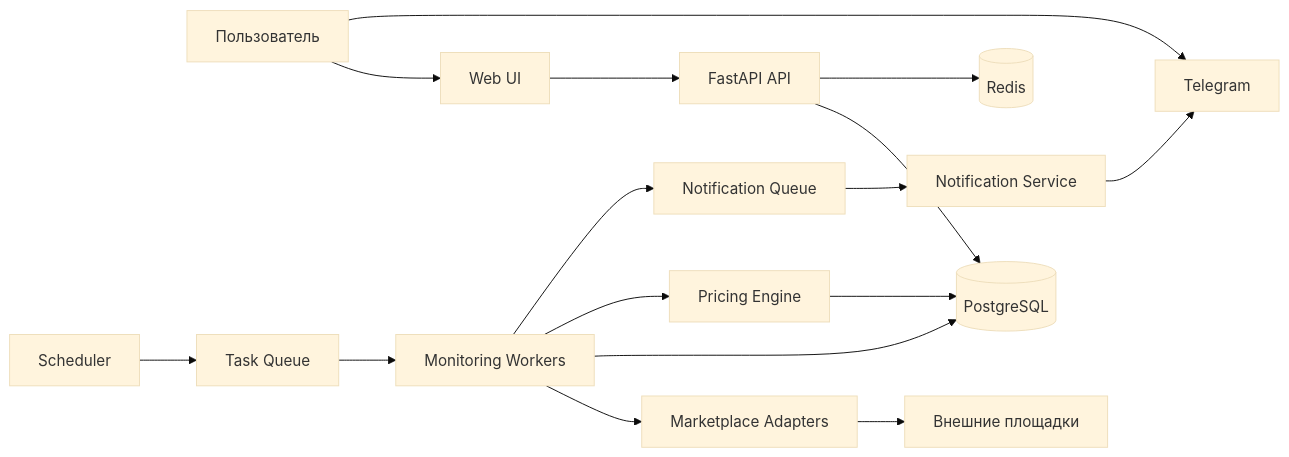
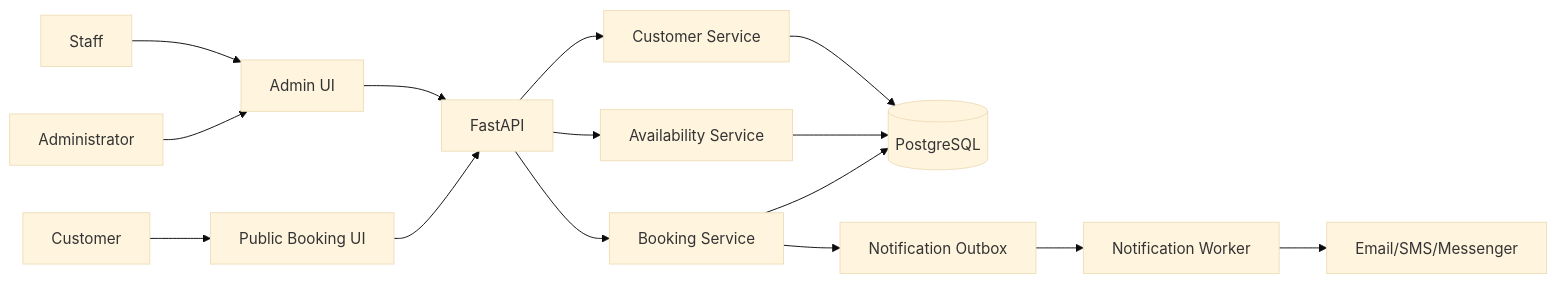
One commit to shevyakovys/Lootly changed the first of 2 diagrams in docs/ARCHITECTURE.md. Above: the diagram before and after it, drawn with Mermaid (base theme). The commit also changed other lines of this file and 80 other files, not shown here.

````diff
--- a/docs/ARCHITECTURE.md
+++ b/docs/ARCHITECTURE.md
@@ -9,23 +5,21 @@
 ```mermaid
 flowchart LR
-    U[Пользователь] --> WEB[Web UI]
-    U --> TG[Telegram]
-    WEB --> API[FastAPI API]
+    C[Customer] --> WEB[Public Booking UI]
+    A[Administrator] --> ADMIN[Admin UI]
+    S[Staff] --> ADMIN
 
-    API --> DB[(PostgreSQL)]
-    API --> REDIS[(Redis)]
+    WEB --> API[FastAPI]
+    ADMIN --> API
 
-    SCHED[Scheduler] --> Q[Task Queue]
-    Q --> W[Monitoring Workers]
+    API --> BOOK[Booking Service]
+    API --> AVAIL[Availability Service]
+    API --> CRM[Customer Service]
 
-    W --> SRC[Marketplace Adapters]
-    SRC --> EXT[Внешние площадки]
+    BOOK --> DB[(PostgreSQL)]
+    AVAIL --> DB
+    CRM --> DB
 
-    W --> DB
-    W --> PRICE[Pricing Engine]
-    PRICE --> DB
-
-    W --> NQ[Notification Queue]
-    NQ --> NOTIFY[Notification Service]
-    NOTIFY --> TG
+    BOOK --> OUTBOX[Notification Outbox]
+    OUTBOX --> WORKER[Notification Worker]
+    WORKER --> MSG[Email/SMS/Messenger]
 ```
````
